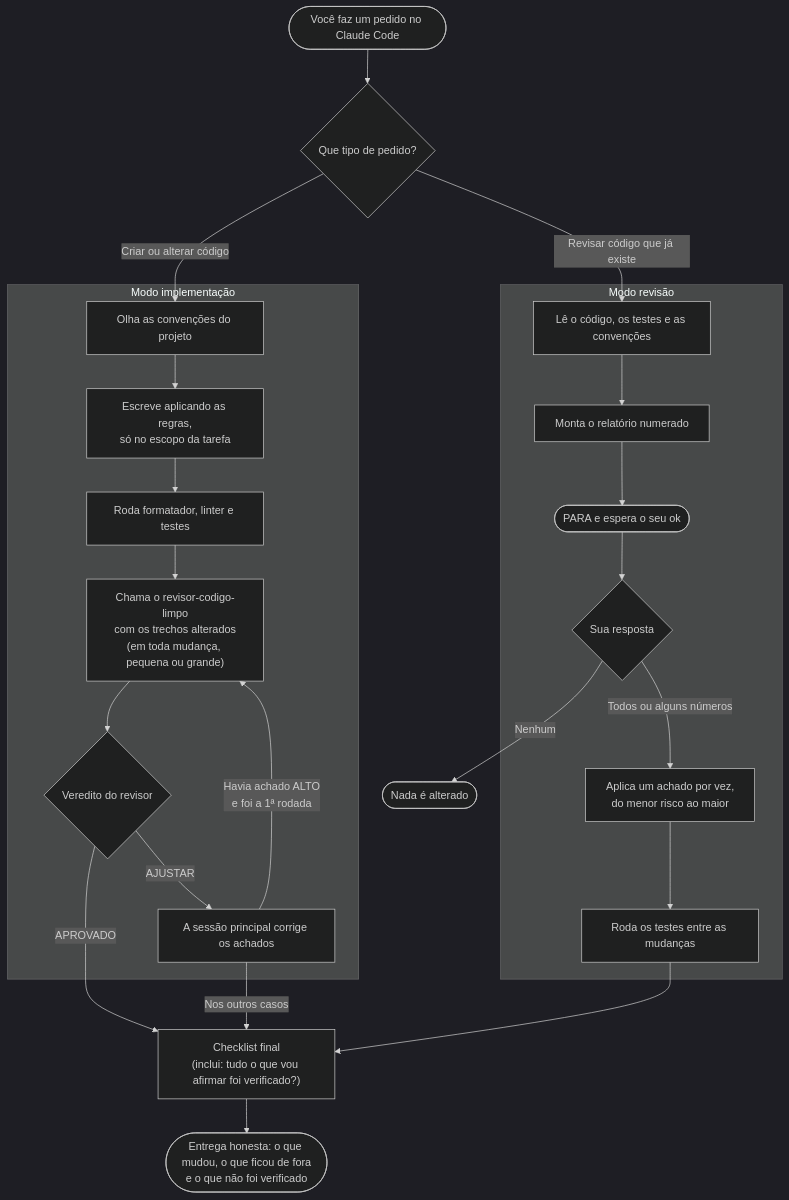
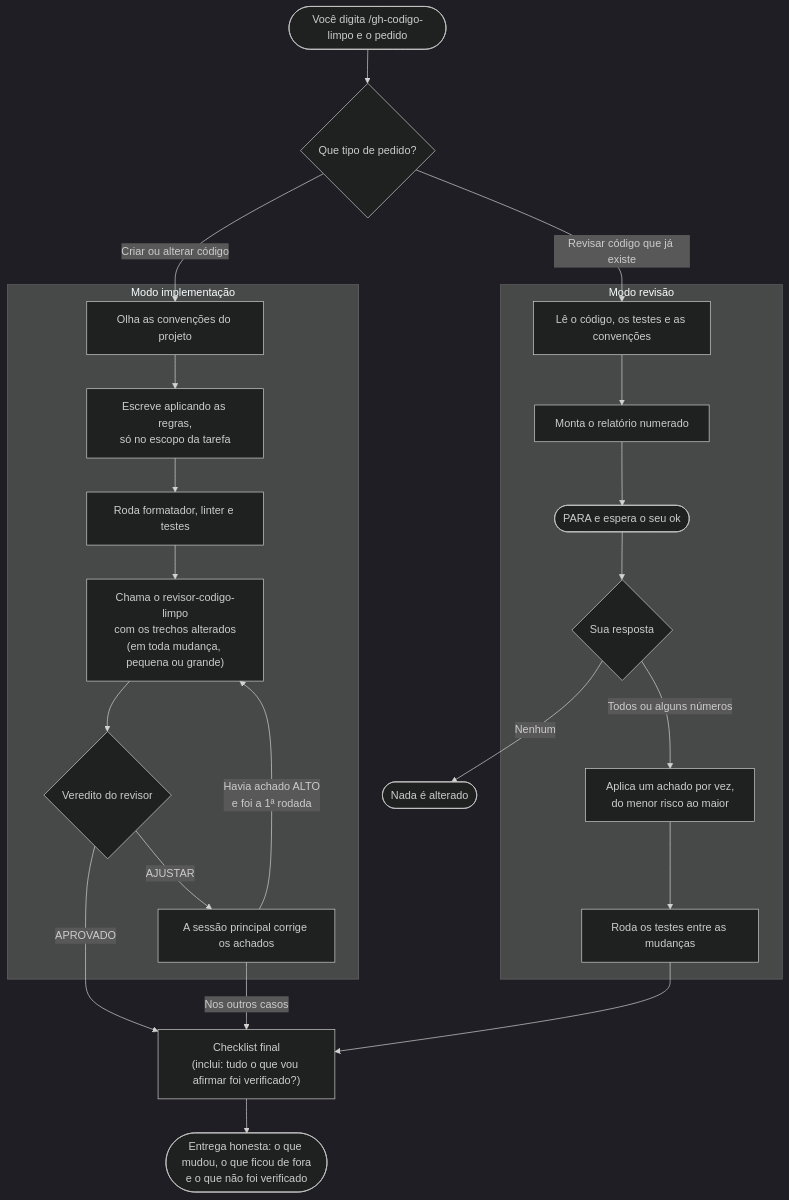
Before and after one commit to GuilhermeOliveira0/gh-codigo-limpo: the diagram in README.md, drawn with Mermaid (dark theme). The commit also changed other lines of this file and 2 other files, not shown here.

First line of the commit message:
Faz a skill rodar só quando chamada com /gh-codigo-limpo

````diff
--- a/README.md
+++ b/README.md
@@ -21,31 +23,31 @@
 ```mermaid
 flowchart TD
-    inicio(["Você faz um pedido no Claude Code"]) --> tipo{"Que tipo de pedido?"}
+    inicio(["Você digita /gh-codigo-limpo e o pedido"]) --> tipo{"Que tipo de pedido?"}
 
     tipo -->|"Criar ou alterar código"| i1
     tipo -->|"Revisar código que já existe"| r1
 
     subgraph implementacao ["Modo implementação"]
         i1["Olha as convenções do projeto"] --> i2["Escreve aplicando as regras,<br/>só no escopo da tarefa"]
         i2 --> i3["Roda formatador, linter e testes"]
         i3 --> v1["Chama o revisor-codigo-limpo<br/>com os trechos alterados<br/>(em toda mudança, pequena ou grande)"]
         v1 --> v2{"Veredito do revisor"}
         v2 -->|"AJUSTAR"| v3["A sessão principal corrige os achados"]
         v3 -->|"Havia achado ALTO<br/>e foi a 1ª rodada"| v1
     end
 
     subgraph revisao ["Modo revisão"]
         r1["Lê o código, os testes e as convenções"] --> r2["Monta o relatório numerado"]
         r2 --> r3(["PARA e espera o seu ok"])
         r3 --> r4{"Sua resposta"}
         r4 -->|"Todos ou alguns números"| r5["Aplica um achado por vez,<br/>do menor risco ao maior"]
         r5 --> r6["Roda os testes entre as mudanças"]
     end
 
     v2 -->|"APROVADO"| checklist
     v3 -->|"Nos outros casos"| checklist
     r6 --> checklist
     r4 -->|"Nenhum"| semMudanca(["Nada é alterado"])
 
     checklist["Checklist final<br/>(inclui: tudo o que vou afirmar foi verificado?)"] --> entrega(["Entrega honesta: o que mudou, o que ficou de fora<br/>e o que não foi verificado"])
 ```
````
